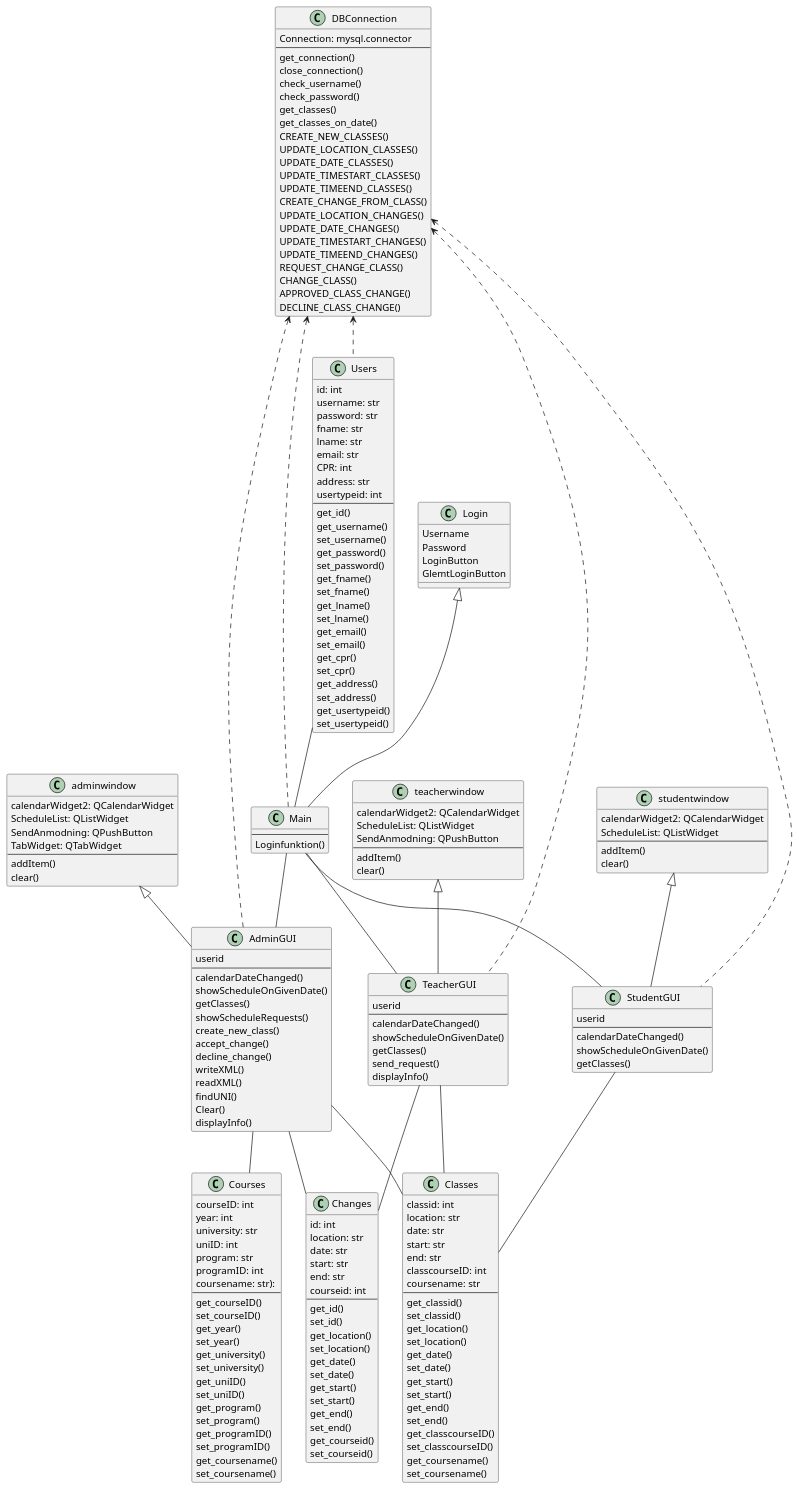
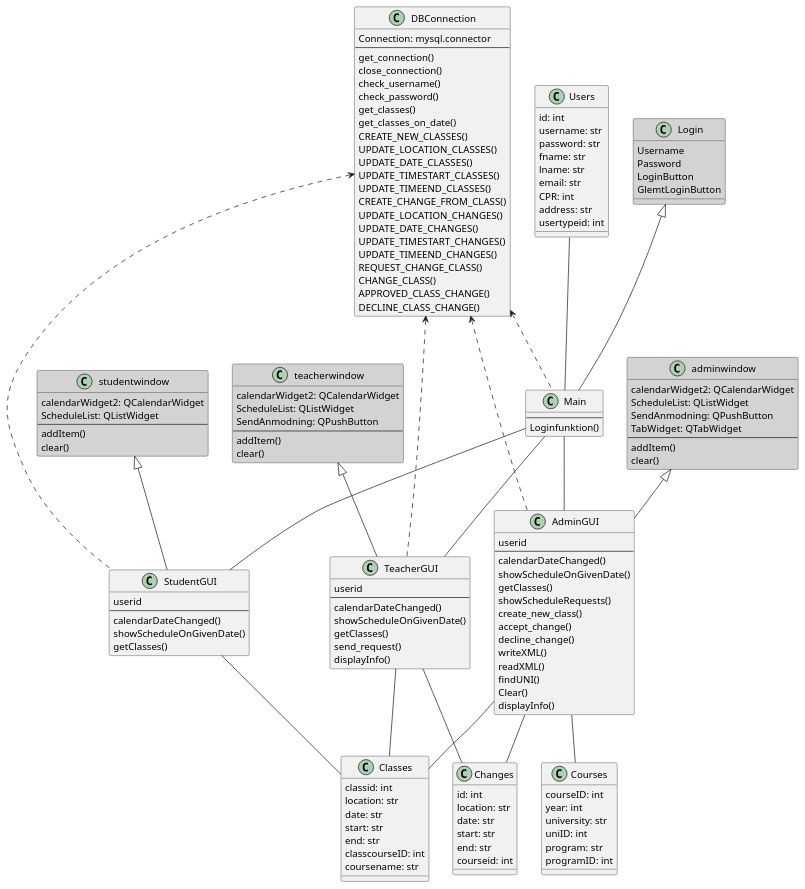
Before and after one commit to MadsSchroder/Systemudvikling-Eksamen-KU: the diagram in Diagrams/ClassDiagram.puml, drawn with PlantUML.

Commit message:
efter samtale med TA

```diff
--- a/Diagrams/ClassDiagram.puml
+++ b/Diagrams/ClassDiagram.puml
@@ -7,7 +7,6 @@
 adminwindow <|-- AdminGUI
 studentwindow <|-- StudentGUI
 teacherwindow <|-- TeacherGUI
-DBConnection <.. Users
 DBConnection <.. Main
 DBConnection <.. StudentGUI
 DBConnection <.. TeacherGUI
@@ -30,24 +29,6 @@
     CPR: int
     address: str
     usertypeid: int
-    --
-    get_id()
-    get_username()
-    set_username()
-    get_password()
-    set_password()
-    get_fname()
-    set_fname()
-    get_lname()
-    set_lname()
-    get_email()
-    set_email()
-    get_cpr()
-    set_cpr()
-    get_address()
-    set_address()
-    get_usertypeid()
-    set_usertypeid()
     }
 class Main{
     --
@@ -117,21 +98,6 @@
     end: str
     classcourseID: int
     coursename: str
-    --
-    get_classid()
-    set_classid()
-    get_location()
-    set_location()
-    get_date()
-    set_date()
-    get_start()
-    set_start()
-    get_end()
-    set_end()
-    get_classcourseID()
-    set_classcourseID()
-    get_coursename()
-    set_coursename()
     }
 class Courses{
     courseID: int
@@ -140,22 +106,6 @@
     uniID: int
     program: str
     programID: int
-    coursename: str):
-    --
-    get_courseID()
-    set_courseID()
-    get_year()
-    set_year()
-    get_university()
-    set_university()
-    get_uniID()
-    set_uniID()
-    get_program()
-    set_program()
-    get_programID()
-    set_programID()
-    get_coursename()
-    set_coursename()
     }
 class Changes{
     id: int
@@ -164,27 +114,15 @@
     start: str
     end: str
     courseid: int
-    --
-    get_id()
-    set_id()
-    get_location()
-    set_location()
-    get_date()
-    set_date()
-    get_start()
-    set_start()
-    get_end()
-    set_end()
-    get_courseid()
-    set_courseid()
+
     }
-class Login{
+class Login #lightgray{
     Username
     Password
     LoginButton
     GlemtLoginButton
     }
-class adminwindow{
+class adminwindow #lightgray{
     calendarWidget2: QCalendarWidget
     ScheduleList: QListWidget
     SendAnmodning: QPushButton
@@ -193,14 +131,14 @@
     addItem()
     clear()
     }
-class studentwindow{
+class studentwindow #lightgray{
     calendarWidget2: QCalendarWidget
     ScheduleList: QListWidget
     --
     addItem()
     clear()
     }
-class teacherwindow{
+class teacherwindow #lightgray{
     calendarWidget2: QCalendarWidget
     ScheduleList: QListWidget
     SendAnmodning: QPushButton
@@ -208,4 +146,5 @@
     addItem()
     clear()
     }
+
 @enduml
```
